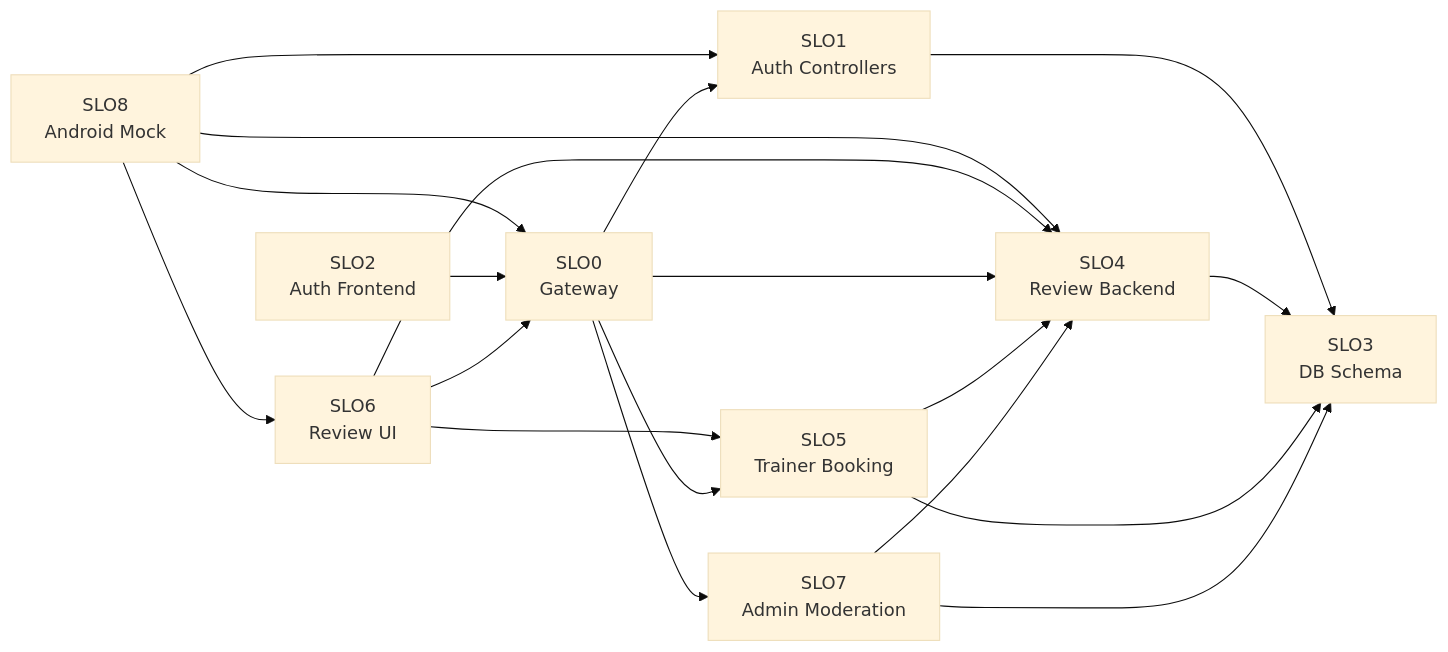
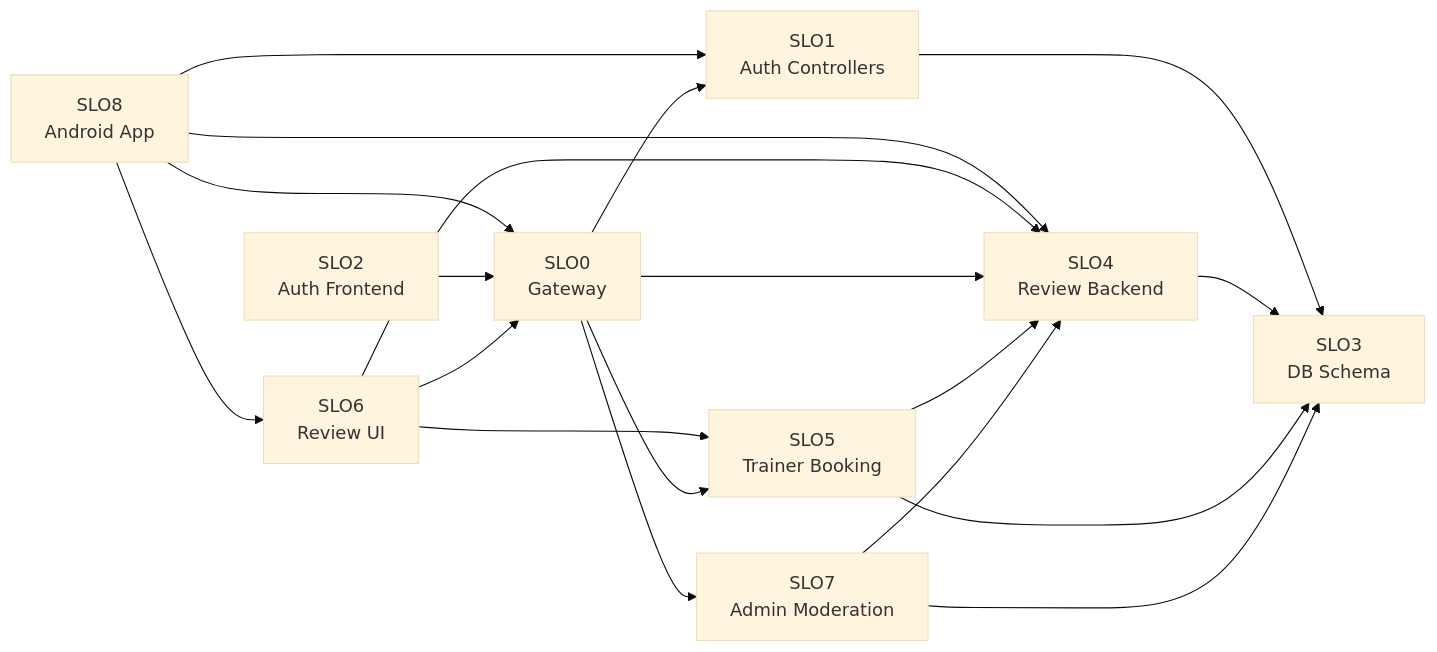
One commit to Fool-Penguin/2025-ITCS383-Bughair changed the fifth of 5 diagrams in D4_IMPACT_ANALYSIS.md. Above: the diagram before and after it, drawn with Mermaid (base theme). The commit also changed other lines of this file and 1 other file, not shown here.

Commit message:
Update D4 Android impact analysis

````diff
--- a/D4_IMPACT_ANALYSIS.md
+++ b/D4_IMPACT_ANALYSIS.md
@@ -307,31 +307,31 @@
 ```mermaid
 flowchart LR
     SLO0["SLO0<br/>Gateway"]
     SLO1["SLO1<br/>Auth Controllers"]
     SLO2["SLO2<br/>Auth Frontend"]
     SLO3["SLO3<br/>DB Schema"]
     SLO4["SLO4<br/>Review Backend"]
     SLO5["SLO5<br/>Trainer Booking"]
     SLO6["SLO6<br/>Review UI"]
     SLO7["SLO7<br/>Admin Moderation"]
-    SLO8["SLO8<br/>Android Mock"]
+    SLO8["SLO8<br/>Android App"]
 
     SLO8 --> SLO0
     SLO8 --> SLO1
     SLO8 --> SLO4
     SLO8 --> SLO6
     SLO2 --> SLO0
     SLO6 --> SLO0
     SLO6 --> SLO4
     SLO6 --> SLO5
     SLO0 --> SLO1
     SLO0 --> SLO4
     SLO0 --> SLO5
     SLO0 --> SLO7
     SLO1 --> SLO3
     SLO4 --> SLO3
     SLO5 --> SLO3
     SLO5 --> SLO4
     SLO7 --> SLO4
     SLO7 --> SLO3
 ```
````
